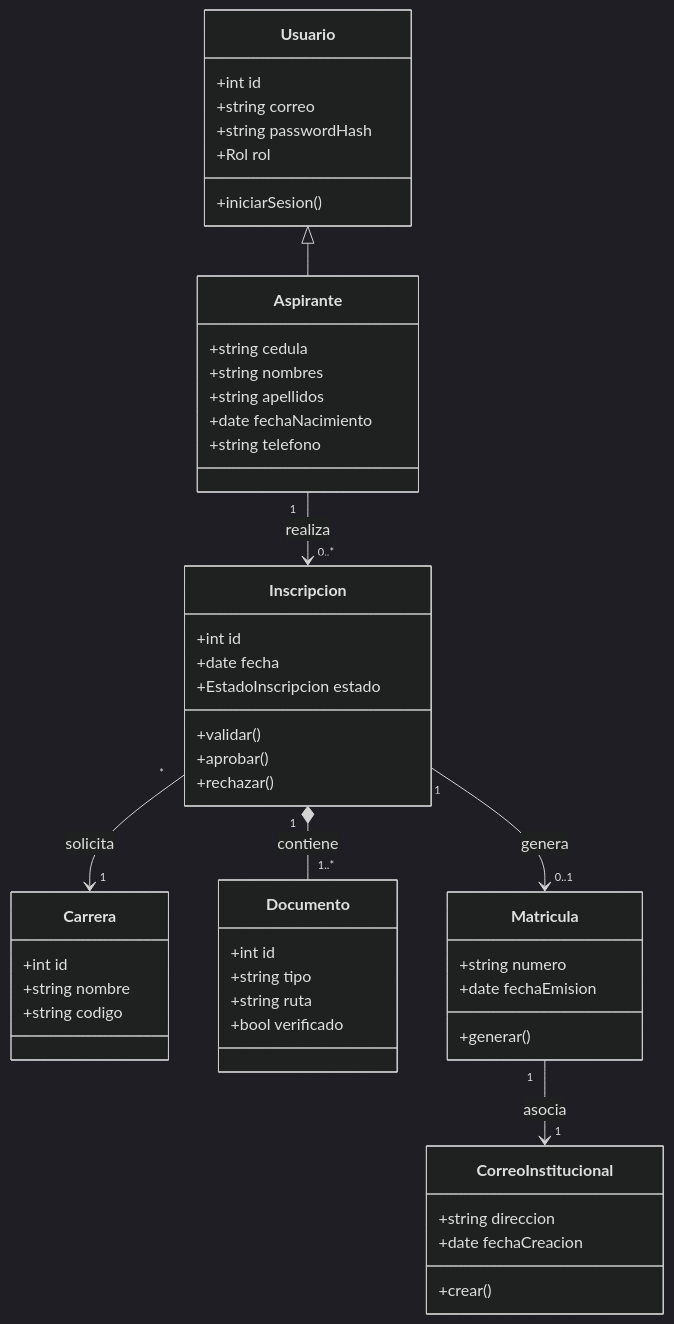
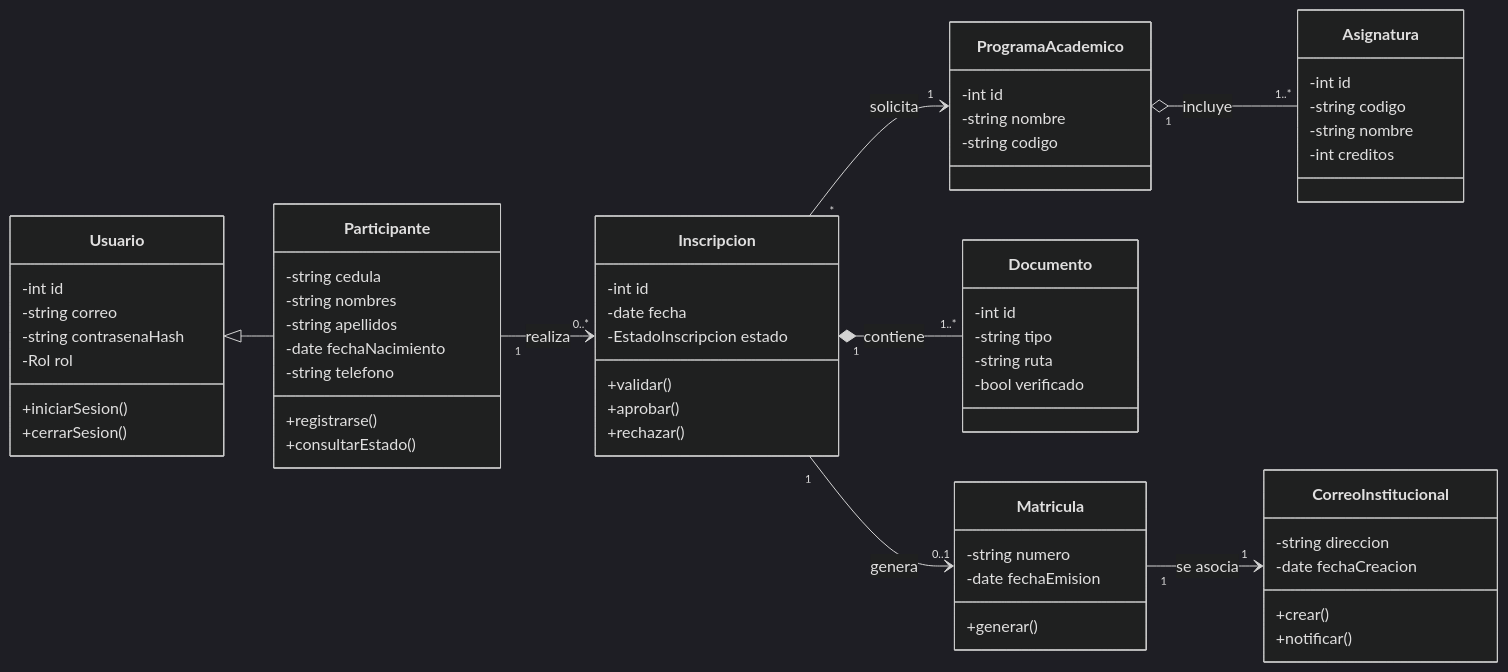
The second of 4 diagrams in docs/02-modelos-uml.md (raas03/SistemaAcademico), drawn with Mermaid (dark theme) before and after one commit. The commit also changed other lines of this file and 2 other files, not shown here.

Commit message:
docs: alinear modelos UML, componentes y registro de cambios con las entregas

````diff
--- a/docs/02-modelos-uml.md
+++ b/docs/02-modelos-uml.md
@@ -39,53 +44,64 @@
 ```mermaid
 classDiagram
+    direction LR
     class Usuario {
-        +int id
-        +string correo
-        +string passwordHash
-        +Rol rol
+        -int id
+        -string correo
+        -string contrasenaHash
+        -Rol rol
         +iniciarSesion()
+        +cerrarSesion()
     }
-    class Aspirante {
-        +string cedula
-        +string nombres
-        +string apellidos
-        +date fechaNacimiento
-        +string telefono
+    class Participante {
+        -string cedula
+        -string nombres
+        -string apellidos
+        -date fechaNacimiento
+        -string telefono
+        +registrarse()
+        +consultarEstado()
     }
-    class Carrera {
-        +int id
-        +string nombre
-        +string codigo
+    class ProgramaAcademico {
+        -int id
+        -string nombre
+        -string codigo
+    }
+    class Asignatura {
+        -int id
+        -string codigo
+        -string nombre
+        -int creditos
     }
     class Inscripcion {
-        +int id
-        +date fecha
-        +EstadoInscripcion estado
+        -int id
+        -date fecha
+        -EstadoInscripcion estado
         +validar()
         +aprobar()
         +rechazar()
     }
     class Documento {
-        +int id
-        +string tipo
-        +string ruta
-        +bool verificado
+        -int id
+        -string tipo
+        -string ruta
+        -bool verificado
     }
     class Matricula {
-        +string numero
-        +date fechaEmision
+        -string numero
+        -date fechaEmision
         +generar()
     }
     class CorreoInstitucional {
-        +string direccion
-        +date fechaCreacion
+        -string direccion
+        -date fechaCreacion
         +crear()
+        +notificar()
     }
-
-    Usuario <|-- Aspirante
-    Aspirante "1" --> "0..*" Inscripcion : realiza
-    Inscripcion "*" --> "1" Carrera : solicita
+    Usuario <|-- Participante
+    Participante "1" --> "0..*" Inscripcion : realiza
+    Inscripcion "*" --> "1" ProgramaAcademico : solicita
+    ProgramaAcademico "1" o-- "1..*" Asignatura : incluye
     Inscripcion "1" *-- "1..*" Documento : contiene
     Inscripcion "1" --> "0..1" Matricula : genera
-    Matricula "1" --> "1" CorreoInstitucional : asocia
+    Matricula "1" --> "1" CorreoInstitucional : se asocia
 ```
````
